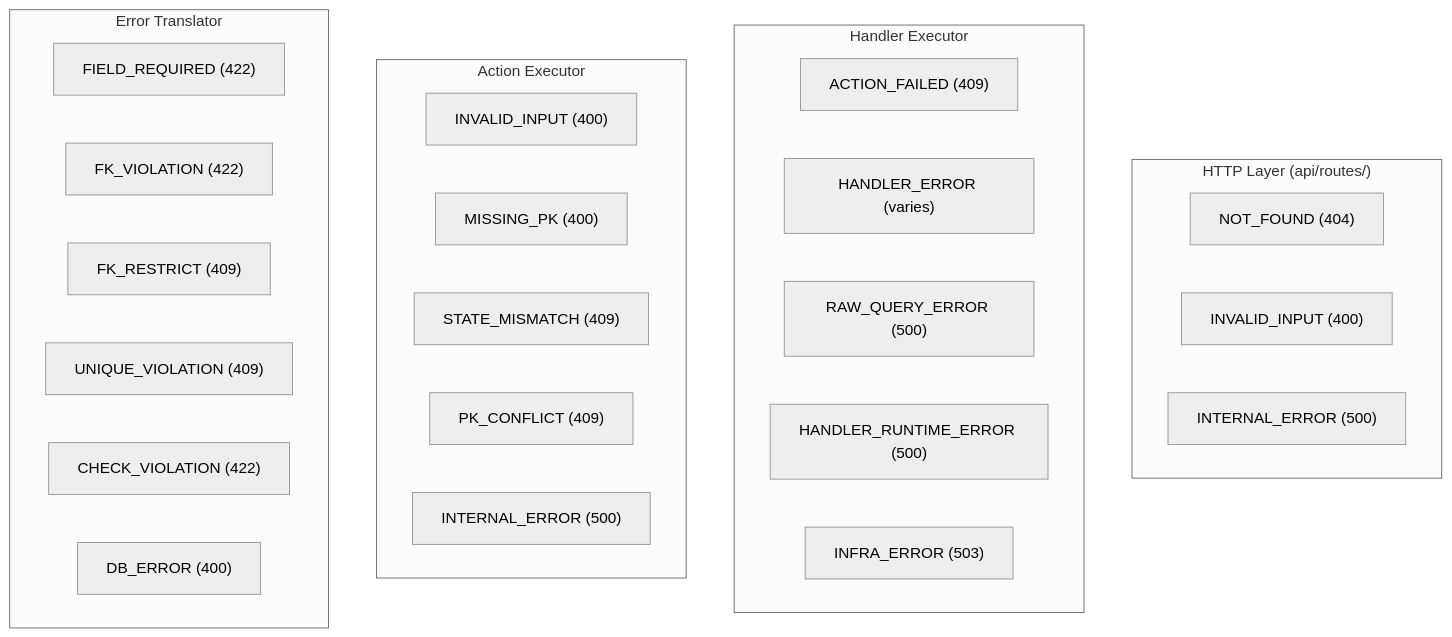
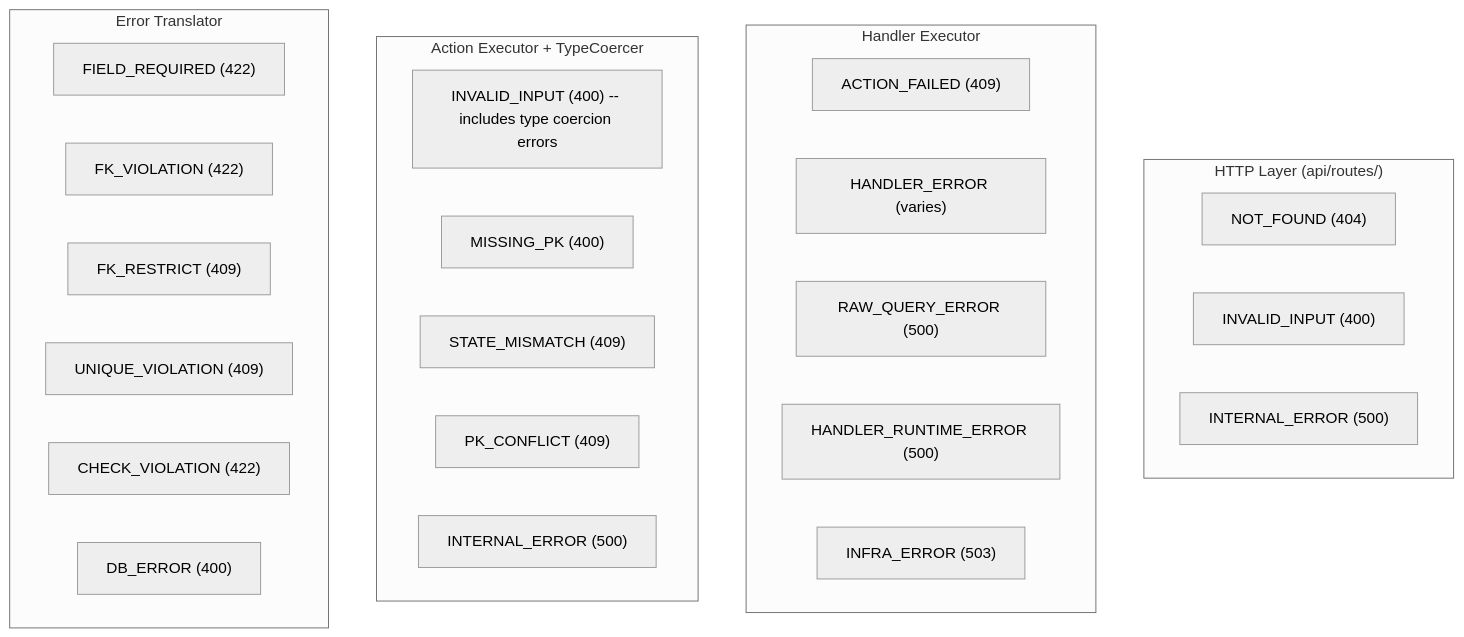
Before and after one commit to pfcc-keyi/AI_PLATFORM: the first of 7 diagrams in knowledge/architecture.md, drawn with Mermaid (neutral theme). The commit also changed other lines of this file and 15 other files, not shown here.

First line of the commit message:
Sync KB with data_platform docs, add table_constraints support, harden mock-data flows

````diff
--- a/knowledge/architecture.md
+++ b/knowledge/architecture.md
@@ -397,33 +413,33 @@
 ```mermaid
 flowchart TB
     subgraph HTTP ["HTTP Layer (api/routes/)"]
         NOT_FOUND["NOT_FOUND (404)"]
         INVALID_INPUT["INVALID_INPUT (400)"]
         INTERNAL_ERR_HTTP["INTERNAL_ERROR (500)"]
     end
 
     subgraph HandlerExec ["Handler Executor"]
         ACTION_FAILED["ACTION_FAILED (409)"]
         HANDLER_ERROR["HANDLER_ERROR (varies)"]
         RAW_QUERY_ERROR["RAW_QUERY_ERROR (500)"]
         HANDLER_RUNTIME_ERROR["HANDLER_RUNTIME_ERROR (500)"]
         INFRA_ERROR["INFRA_ERROR (503)"]
     end
 
-    subgraph ActionExec ["Action Executor"]
-        INVALID_INPUT_ACTION["INVALID_INPUT (400)"]
+    subgraph ActionExec ["Action Executor + TypeCoercer"]
+        INVALID_INPUT_ACTION["INVALID_INPUT (400) -- includes type coercion errors"]
         MISSING_PK["MISSING_PK (400)"]
         STATE_MISMATCH["STATE_MISMATCH (409)"]
         PK_CONFLICT["PK_CONFLICT (409)"]
         INTERNAL_ERR_ACTION["INTERNAL_ERROR (500)"]
     end
 
     subgraph ErrorTranslator ["Error Translator"]
         FIELD_REQUIRED["FIELD_REQUIRED (422)"]
         FK_VIOLATION["FK_VIOLATION (422)"]
         FK_RESTRICT["FK_RESTRICT (409)"]
         UNIQUE_VIOLATION["UNIQUE_VIOLATION (409)"]
         CHECK_VIOLATION["CHECK_VIOLATION (422)"]
         DB_ERROR["DB_ERROR (400)"]
     end
 ```
````
